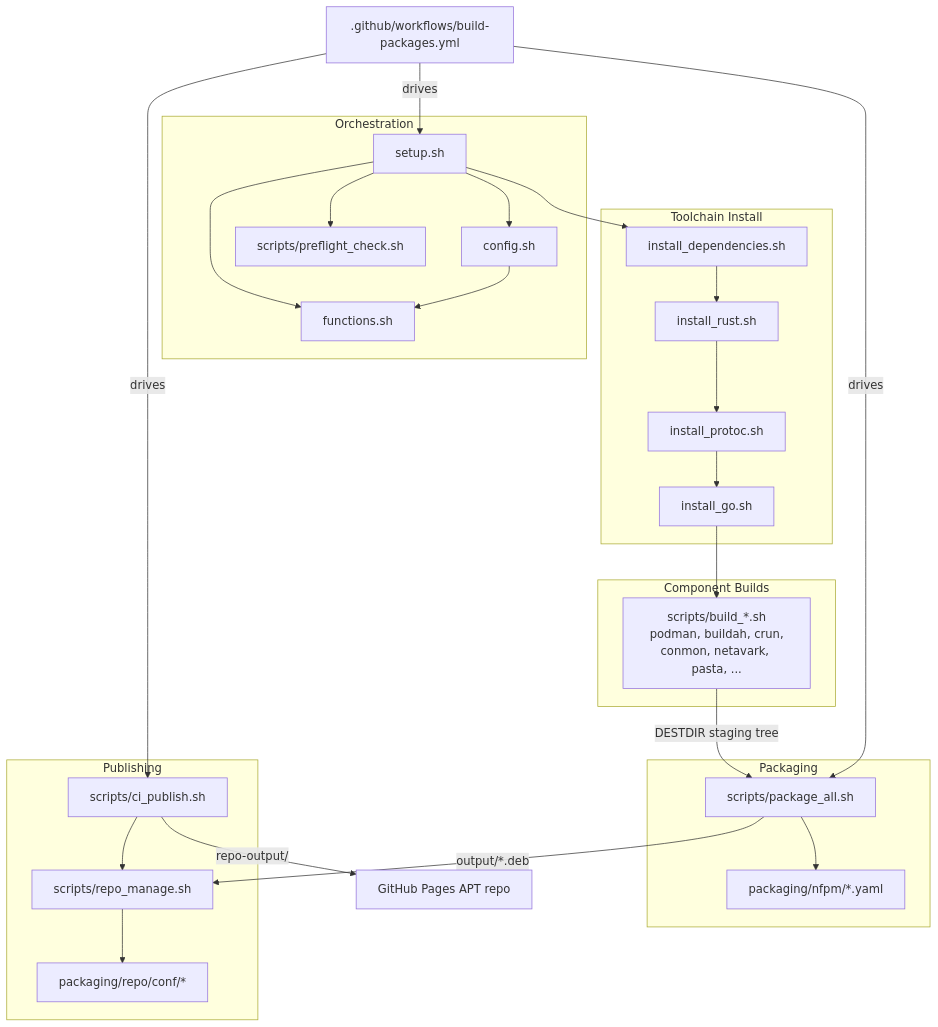
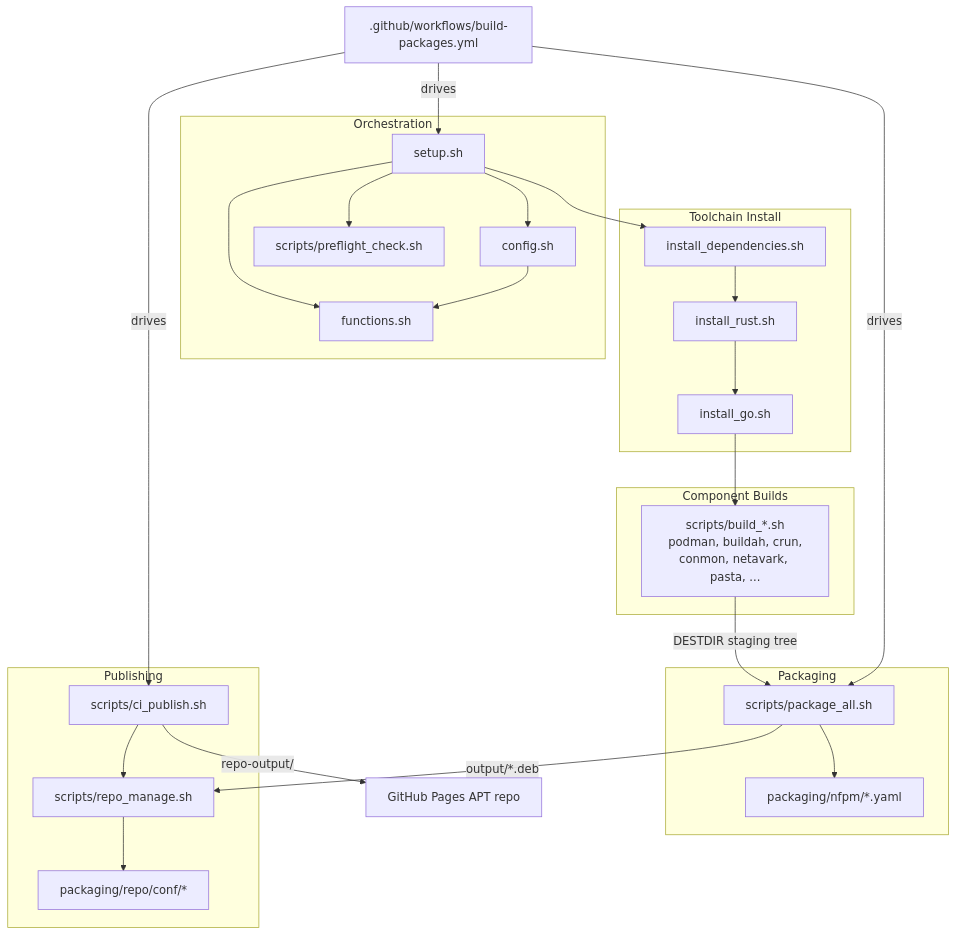
Before and after one commit to slazarov/podman-ubuntu: the diagram in docs/ARCHITECTURE.md, drawn with Mermaid. The commit also changed other lines of this file and 15 other files, not shown here.

First line of the commit message:
chore(build): install protoc from Ubuntu's protobuf-compiler package

````diff
--- a/docs/ARCHITECTURE.md
+++ b/docs/ARCHITECTURE.md
@@ -25,48 +25,47 @@
 ```mermaid
 graph TD
     subgraph Orchestration
         SETUP[setup.sh]
         CONFIG[config.sh]
         FUNC[functions.sh]
         PRE[scripts/preflight_check.sh]
     end
 
     subgraph Toolchain Install
         DEPS[install_dependencies.sh]
         RUST[install_rust.sh]
-        PROTOC[install_protoc.sh]
         GO[install_go.sh]
     end
 
     subgraph Component Builds
         BUILDS[scripts/build_*.sh<br/>podman, buildah, crun,<br/>conmon, netavark, pasta, ...]
     end
 
     subgraph Packaging
         PKG[scripts/package_all.sh]
         NFPM[packaging/nfpm/*.yaml]
     end
 
     subgraph Publishing
         REPO[scripts/repo_manage.sh]
         CIPUB[scripts/ci_publish.sh]
         REPOCONF[packaging/repo/conf/*]
     end
 
     CI[.github/workflows/build-packages.yml]
 
     SETUP --> CONFIG
     SETUP --> FUNC
     CONFIG --> FUNC
     SETUP --> PRE
-    SETUP --> DEPS --> RUST --> PROTOC --> GO --> BUILDS
+    SETUP --> DEPS --> RUST --> GO --> BUILDS
     BUILDS -->|DESTDIR staging tree| PKG
     PKG --> NFPM
     PKG -->|output/*.deb| REPO
     CIPUB --> REPO
     REPO --> REPOCONF
     CIPUB -->|repo-output/| PAGES[GitHub Pages APT repo]
     CI -->|drives| SETUP
     CI -->|drives| PKG
     CI -->|drives| CIPUB
 ```
````
